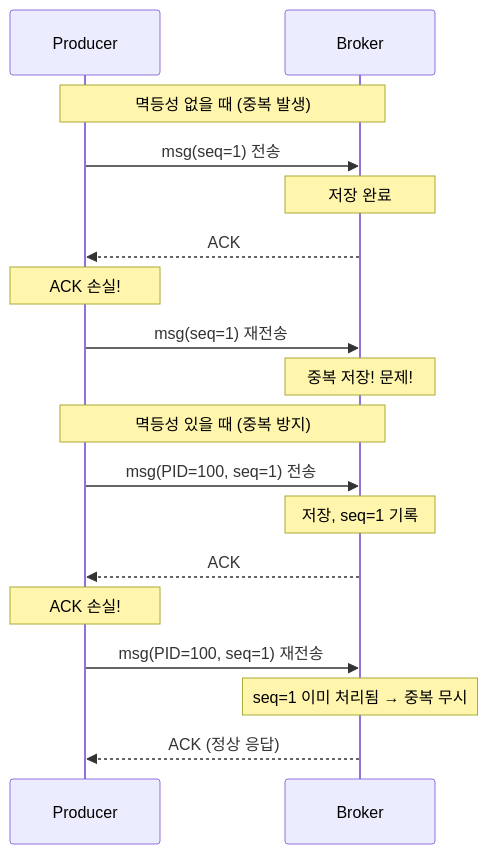
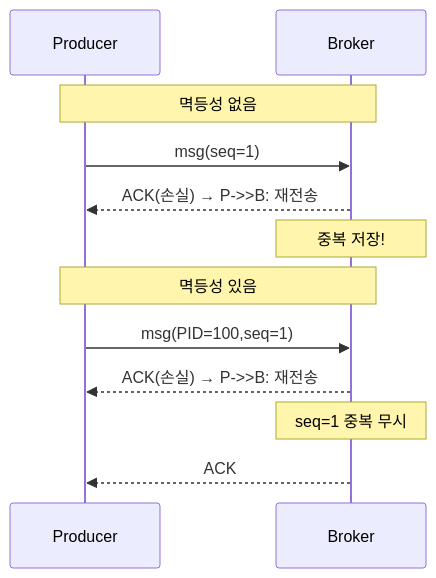
One commit to yjkim2015/yjkim2015.github.io changed diagram 14 of 21 in _posts/kafka/2026-05-01-kafka-internals.md. Above: the diagram before and after it, drawn with Mermaid. The commit also changed other lines of this file and 215 other files, not shown here.

First line of the commit message:
신규 포스트 10개 추가 + Mermaid 전면 축소 + SystemDesign 시리즈 보강

````diff
--- a/_posts/kafka/2026-05-01-kafka-internals.md
+++ b/_posts/kafka/2026-05-01-kafka-internals.md
@@ -428,21 +377,14 @@
 ```mermaid
 sequenceDiagram
     participant P as Producer
     participant B as Broker
-    Note over P,B: 멱등성 없을 때 (중복 발생)
-    P->>B: msg(seq=1) 전송
-    Note over B: 저장 완료
+    Note over P,B: 멱등성 없음
+    P->>B: msg(seq=1)
+    B-->>P: ACK(손실) → P->>B: 재전송
+    Note over B: 중복 저장!
+    Note over P,B: 멱등성 있음
+    P->>B: msg(PID=100,seq=1)
+    B-->>P: ACK(손실) → P->>B: 재전송
+    Note over B: seq=1 중복 무시
     B-->>P: ACK
-    Note over P: ACK 손실!
-    P->>B: msg(seq=1) 재전송
-    Note over B: 중복 저장! 문제!
-
-    Note over P,B: 멱등성 있을 때 (중복 방지)
-    P->>B: msg(PID=100, seq=1) 전송
-    Note over B: 저장, seq=1 기록
-    B-->>P: ACK
-    Note over P: ACK 손실!
-    P->>B: msg(PID=100, seq=1) 재전송
-    Note over B: seq=1 이미 처리됨 → 중복 무시
-    B-->>P: ACK (정상 응답)
 ```
````
